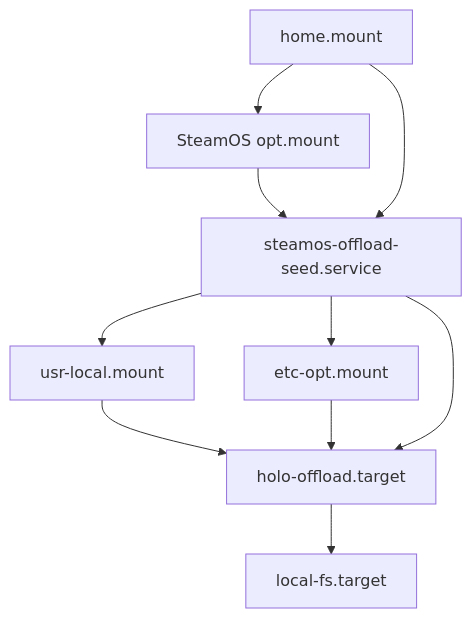
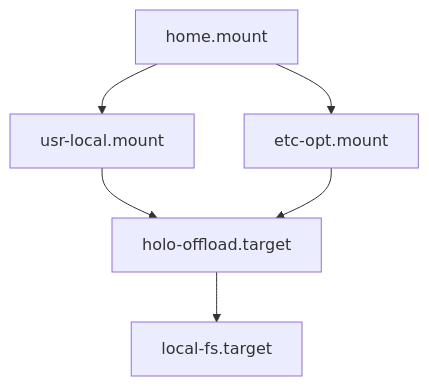
One commit to rektide/compfuzor changed the diagram in design/steamos-install/steamos-install2.gpt56s.md. Above: the diagram before and after it, drawn with Mermaid. The commit also changed other lines of this file and 2 other files, not shown here.

Commit message:
Reduce SteamOS offload to plain bind mounts

````diff
--- a/design/steamos-install/steamos-install2.gpt56s.md
+++ b/design/steamos-install/steamos-install2.gpt56s.md
@@ -229,12 +177,8 @@
 ```mermaid
 flowchart TD
-    home[home.mount] --> nativeOpt[SteamOS opt.mount]
-    nativeOpt --> seed[steamos-offload-seed.service]
-    home --> seed
-    seed --> usrLocal[usr-local.mount]
-    seed --> etcOpt[etc-opt.mount]
+    home[home.mount] --> usrLocal[usr-local.mount]
+    home --> etcOpt[etc-opt.mount]
     usrLocal --> holo[holo-offload.target]
     etcOpt --> holo
-    seed --> holo
     holo --> localFs[local-fs.target]
 ```
````
